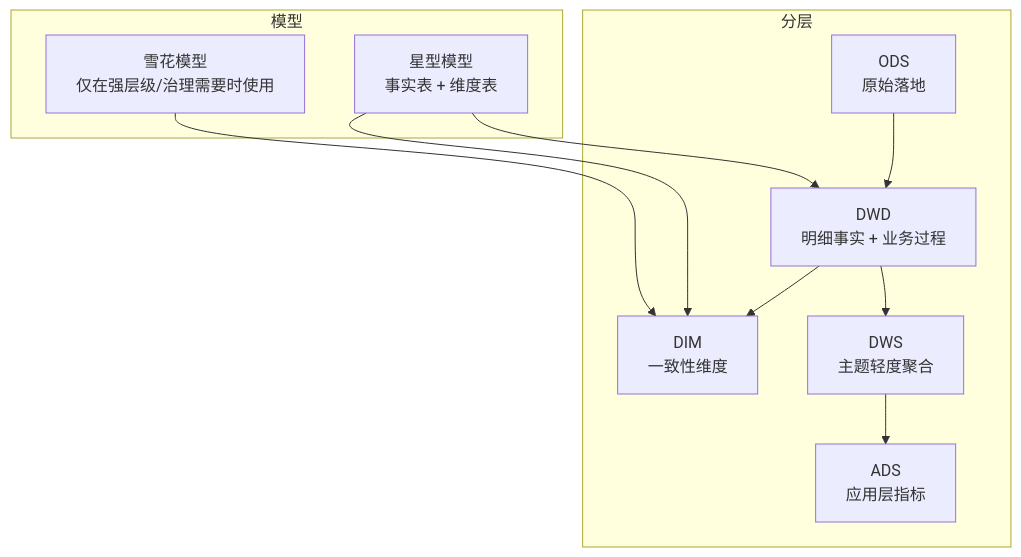
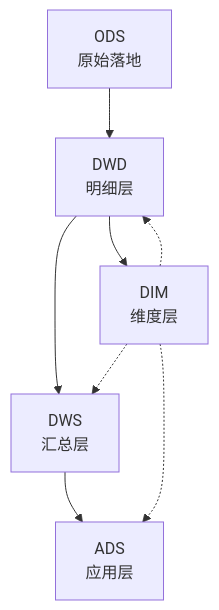
One commit to 13679659643/Data_Warehouse_Engineering changed the second of 6 diagrams in .qoder/repowiki/zh/content/知识库系统/维度建模技巧.md. Above: the diagram before and after it, drawn with Mermaid. The commit also changed other lines of this file and 88 other files, not shown here.

````diff
--- a/.qoder/repowiki/zh/content/知识库系统/维度建模技巧.md
+++ b/.qoder/repowiki/zh/content/知识库系统/维度建模技巧.md
@@ -95,21 +92,15 @@
 ```mermaid
 graph TB
-subgraph "分层"
 ODS["ODS<br/>原始落地"]
-DWD["DWD<br/>明细事实 + 业务过程"]
-DIM["DIM<br/>一致性维度"]
-DWS["DWS<br/>主题轻度聚合"]
-ADS["ADS<br/>应用层指标"]
-end
-subgraph "模型"
-STAR["星型模型<br/>事实表 + 维度表"]
-SNOW["雪花模型<br/>仅在强层级/治理需要时使用"]
-end
+DWD["DWD<br/>明细层"]
+DIM["DIM<br/>维度层"]
+DWS["DWS<br/>汇总层"]
+ADS["ADS<br/>应用层"]
 ODS --> DWD
 DWD --> DIM
 DWD --> DWS
 DWS --> ADS
-STAR --> DWD
-STAR --> DIM
-SNOW --> DIM
+DIM -.-> DWD
+DIM -.-> DWS
+DIM -.-> ADS
 ```
````
